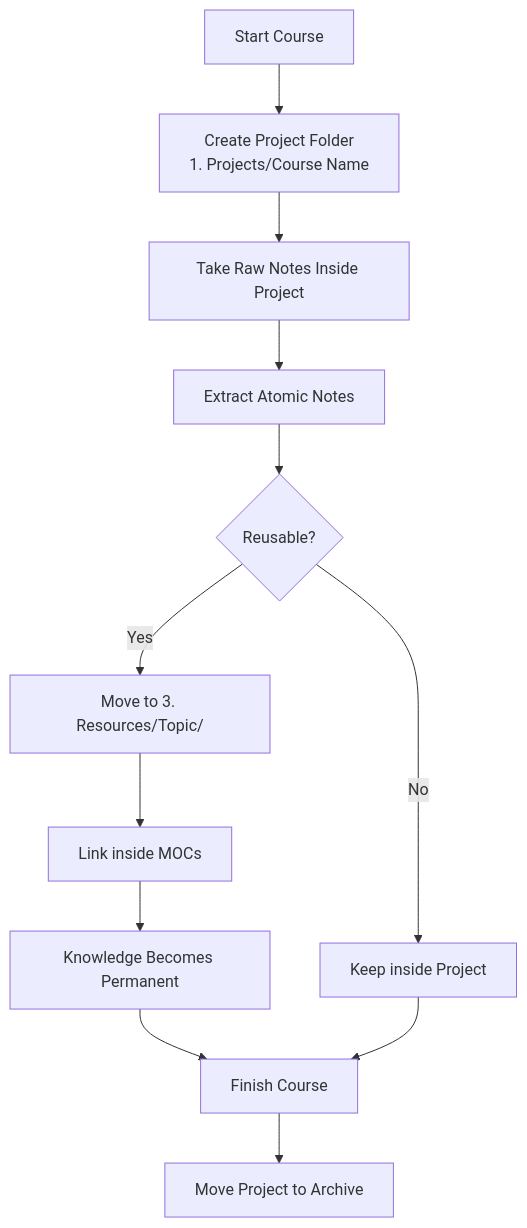
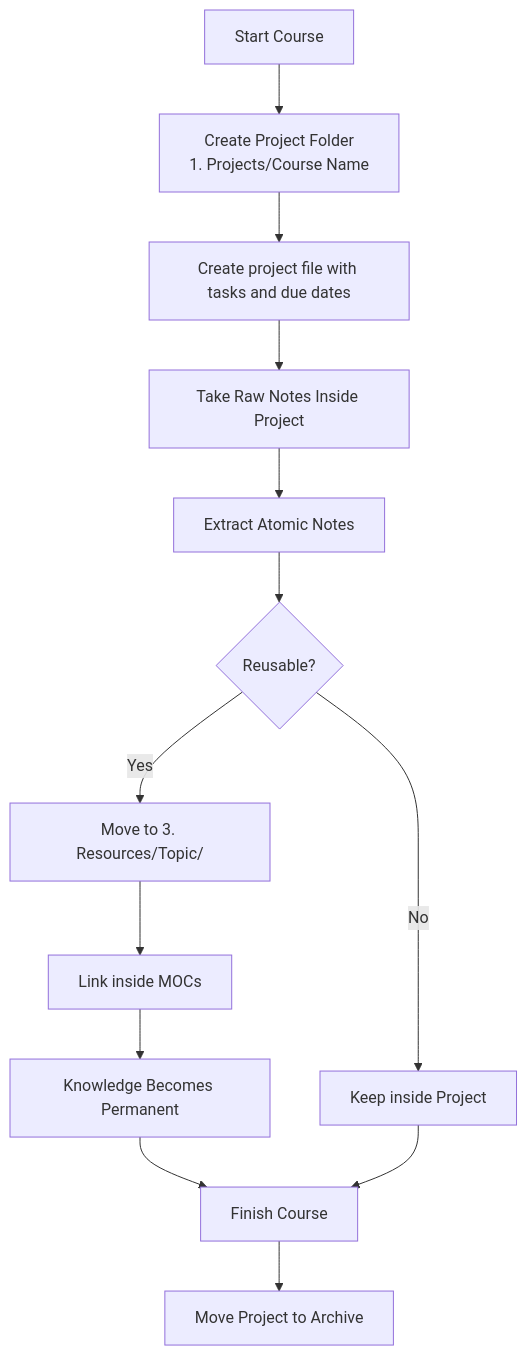
Before and after one commit to lmaoclost/para-zettel-obsidian: the diagram in README.md, drawn with Mermaid. The commit also changed 1 other file, not shown here.

Commit message:
vault backup: 2026-02-25 16:11:40

````diff
--- a/README.md
+++ b/README.md
@@ -201,21 +201,22 @@
 ```mermaid
 flowchart TD
 
 A[Start Course] --> B[Create Project Folder<br>1. Projects/Course Name]
 
-B --> C[Take Raw Notes Inside Project]
-C --> D[Extract Atomic Notes]
+B --> C[Create project file with tasks and due dates]
+C --> D[Take Raw Notes Inside Project]
+D --> E[Extract Atomic Notes]
 
-D --> E{Reusable?}
+E --> F{Reusable?}
 
-E -- Yes --> F[Move to 3. Resources/Topic/]
-E -- No --> G[Keep inside Project]
+F -- Yes --> G[Move to 3. Resources/Topic/]
+F -- No --> H[Keep inside Project]
 
-F --> H[Link inside MOCs]
-H --> I[Knowledge Becomes Permanent]
+G --> I[Link inside MOCs]
+I --> J[Knowledge Becomes Permanent]
 
-I --> J[Finish Course]
-G --> J
+J --> K[Finish Course]
+H --> K
 
-J --> K[Move Project to Archive]
+K --> L[Move Project to Archive]
 ```
````
